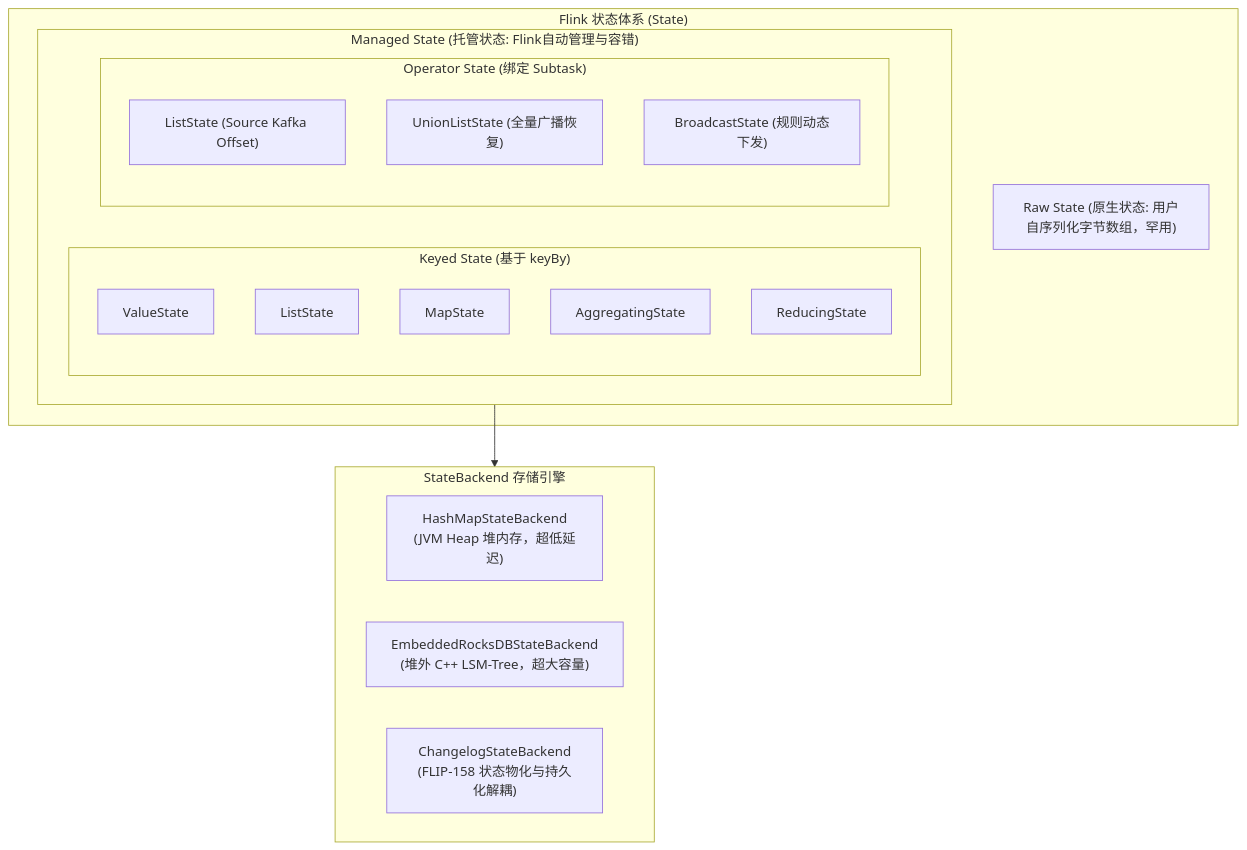
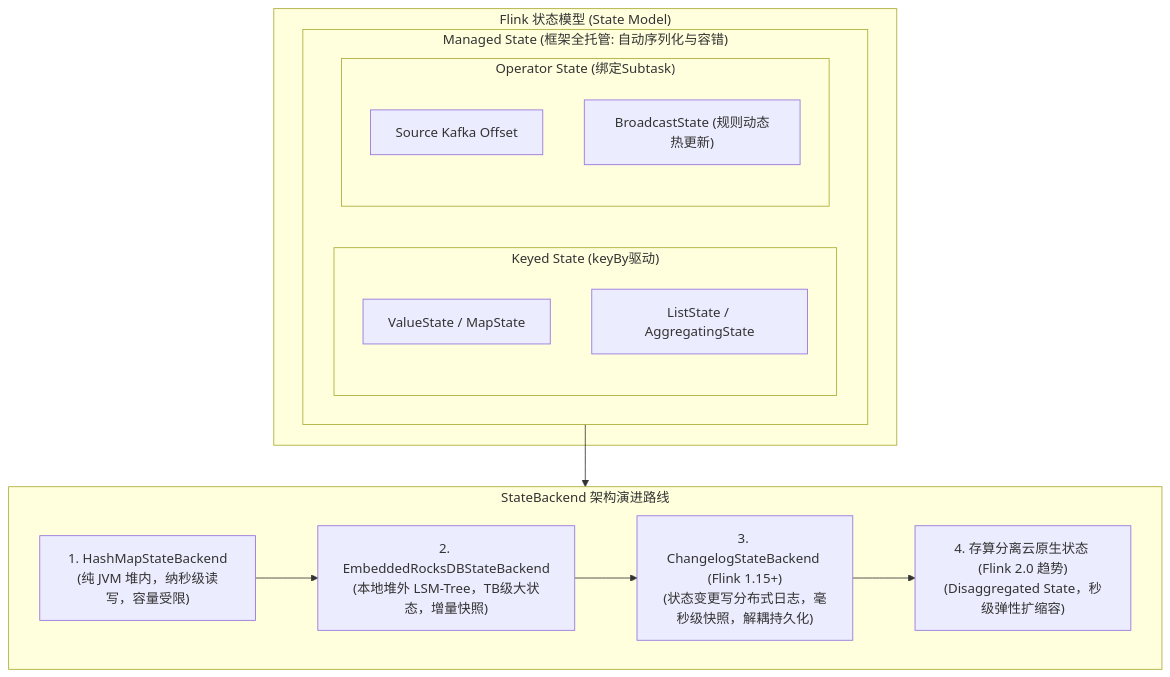
Before and after one commit to tieke1121/tech-interview-knowledge-base: the first of 8 diagrams in 01-bigdata/01-flink/02-flink-state-checkpoint.md, drawn with Mermaid. The commit also changed other lines of this file and 3 other files, not shown here.

First line of the commit message:
refactor: upgrade template & docs for technical director/architect interview

````diff
--- a/01-bigdata/01-flink/02-flink-state-checkpoint.md
+++ b/01-bigdata/01-flink/02-flink-state-checkpoint.md
@@ -54,28 +54,25 @@
 ```mermaid
 flowchart TD
-    subgraph FlinkState["Flink 状态体系 (State)"]
-        subgraph ManagedState["Managed State (托管状态: Flink自动管理与容错)"]
-            subgraph KeyedState["Keyed State (基于 keyBy)"]
-                VS["ValueState<T>"]
-                LS["ListState<T>"]
-                MS["MapState<UK, UV>"]
-                AS["AggregatingState<IN, OUT>"]
-                RS["ReducingState<T>"]
+    subgraph FlinkStateModel["Flink 状态模型 (State Model)"]
+        subgraph Managed["Managed State (框架全托管: 自动序列化与容错)"]
+            subgraph Keyed["Keyed State (keyBy驱动)"]
+                VS["ValueState / MapState"]
+                LS["ListState / AggregatingState"]
             end
-            subgraph OperatorState["Operator State (绑定 Subtask)"]
-                LS_Op["ListState (Source Kafka Offset)"]
-                ULS["UnionListState (全量广播恢复)"]
-                BS["BroadcastState (规则动态下发)"]
+            subgraph Operator["Operator State (绑定Subtask)"]
+                SourceOffset["Source Kafka Offset"]
+                Broadcast["BroadcastState (规则动态热更新)"]
             end
         end
-        RawState["Raw State (原生状态: 用户自序列化字节数组，罕用)"]
     end
 
-    subgraph Backends["StateBackend 存储引擎"]
-        HashMap["HashMapStateBackend<br/>(JVM Heap 堆内存，超低延迟)"]
-        RocksDB["EmbeddedRocksDBStateBackend<br/>(堆外 C++ LSM-Tree，超大容量)"]
-        Changelog["ChangelogStateBackend<br/>(FLIP-158 状态物化与持久化解耦)"]
+    subgraph BackendEvolution["StateBackend 架构演进路线"]
+        B1["1. HashMapStateBackend<br/>(纯 JVM 堆内，纳秒级读写，容量受限)"]
+        B2["2. EmbeddedRocksDBStateBackend<br/>(本地堆外 LSM-Tree，TB级大状态，增量快照)"]
+        B3["3. ChangelogStateBackend (Flink 1.15+)<br/>(状态变更写分布式日志，毫秒级快照，解耦持久化)"]
+        B4["4. 存算分离云原生状态 (Flink 2.0 趋势)<br/>(Disaggregated State，秒级弹性扩缩容)"]
+        B1 --> B2 --> B3 --> B4
     end
 
-    ManagedState --> Backends
+    Managed --> BackendEvolution
 ```
````
